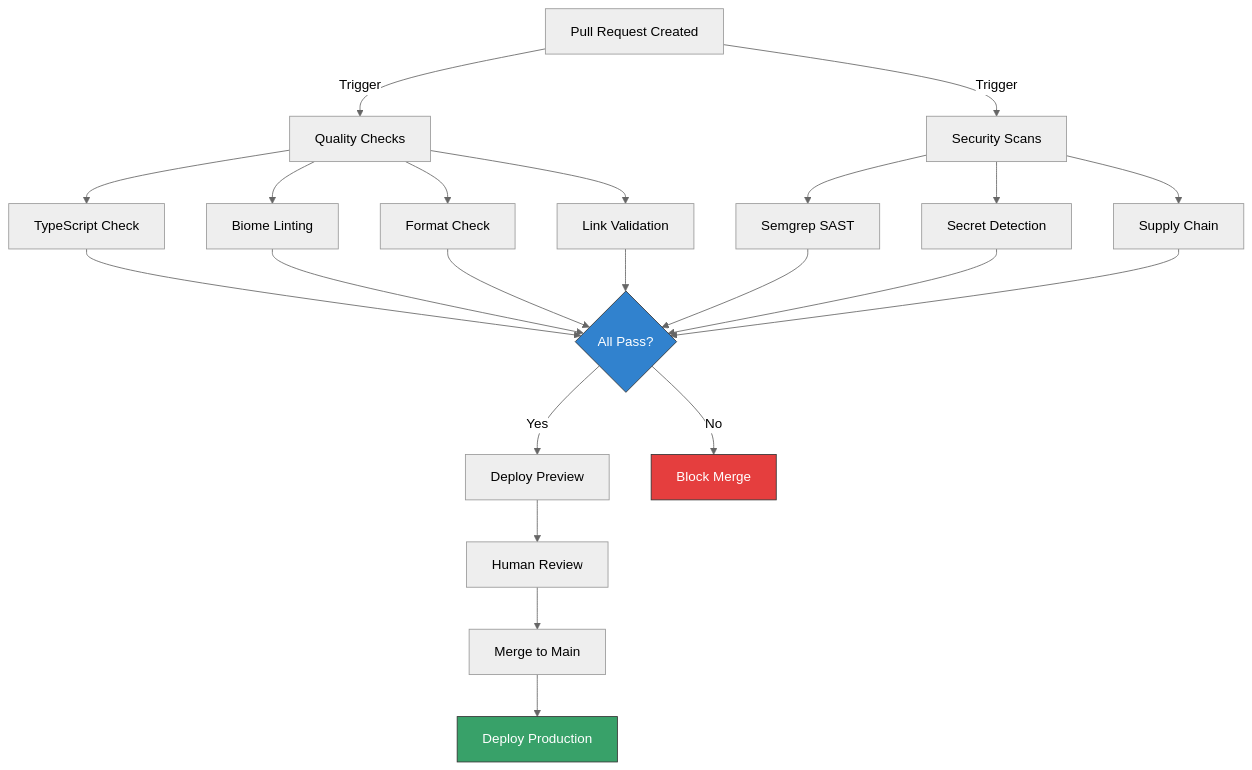
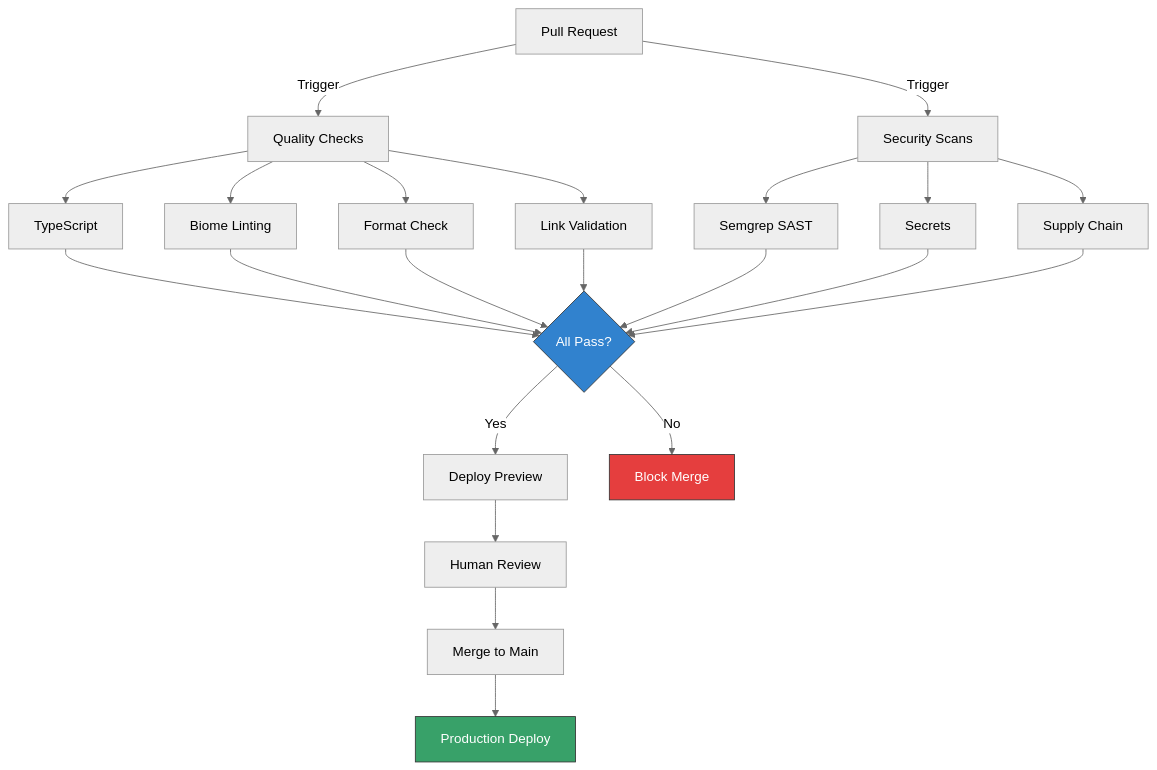
Before and after one commit to team4procoaching/website: the second of 2 diagrams in docs/ARCHITECTURE.md, drawn with Mermaid (neutral theme). The commit also changed other lines of this file and 4 other files, not shown here.

````diff
--- a/docs/ARCHITECTURE.md
+++ b/docs/ARCHITECTURE.md
@@ -275,33 +248,33 @@
 ```mermaid
 graph TD
-    PR[Pull Request Created] -->|Trigger| CI_Quality[Quality Checks]
+    PR[Pull Request] -->|Trigger| CI_Quality[Quality Checks]
     PR -->|Trigger| CI_Security[Security Scans]
 
-    CI_Quality --> TypeCheck[TypeScript Check]
+    CI_Quality --> TypeCheck[TypeScript]
     CI_Quality --> Lint[Biome Linting]
     CI_Quality --> Format[Format Check]
     CI_Quality --> Links[Link Validation]
 
     CI_Security --> Semgrep[Semgrep SAST]
-    CI_Security --> GitGuardian[Secret Detection]
+    CI_Security --> GitGuardian[Secrets]
     CI_Security --> Socket[Supply Chain]
 
     TypeCheck --> Gate{All Pass?}
     Lint --> Gate
     Format --> Gate
     Links --> Gate
     Semgrep --> Gate
     GitGuardian --> Gate
     Socket --> Gate
 
     Gate -->|Yes| Preview[Deploy Preview]
     Gate -->|No| Fail[Block Merge]
 
     Preview --> Review[Human Review]
     Review --> Merge[Merge to Main]
-    Merge --> Production[Deploy Production]
+    Merge --> Production[Production Deploy]
 
     style Gate fill:#3182ce,stroke:#333,color:#fff
     style Production fill:#38a169,stroke:#333,color:#fff
     style Fail fill:#e53e3e,stroke:#333,color:#fff
 ```
````
